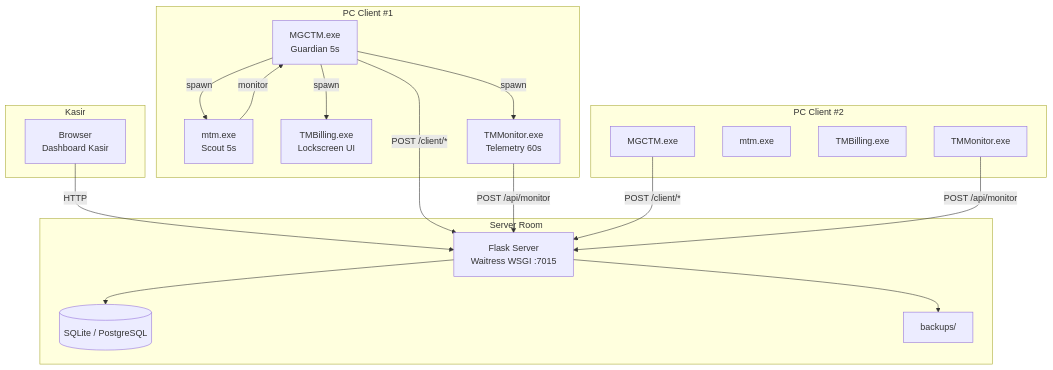
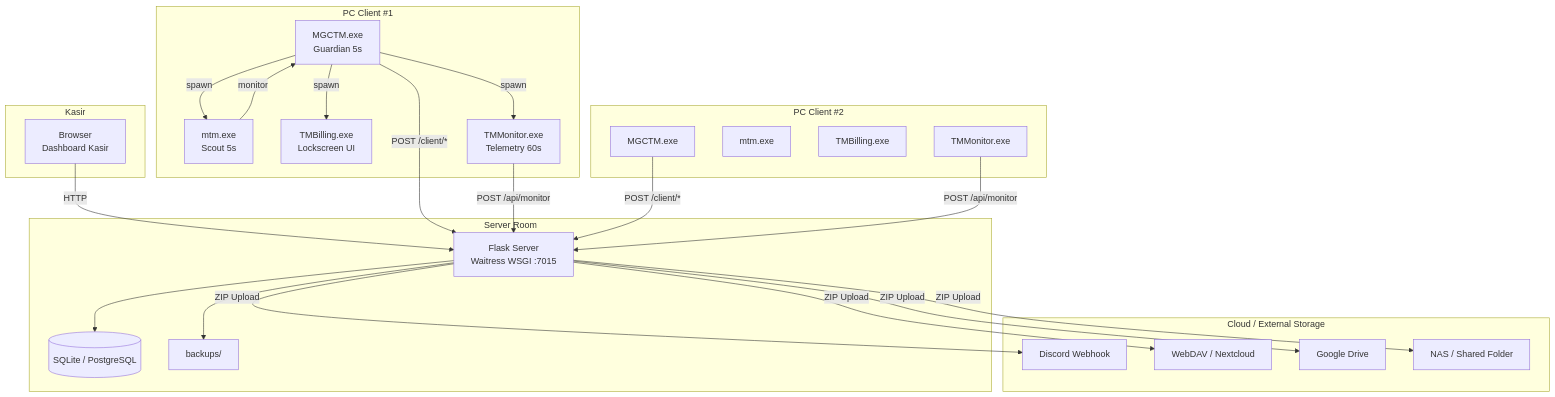
One commit to milanalfandiismail/TMBilling changed the second of 5 diagrams in README.md. Above: the diagram before and after it, drawn with Mermaid. The commit also changed other lines of this file and 186 other files, not shown here.

````diff
--- a/README.md
+++ b/README.md
@@ -211,41 +242,53 @@
 ```mermaid
 graph TB
     subgraph "Server Room"
         Flask[Flask Server<br/>Waitress WSGI :7015]
         DB[(SQLite / PostgreSQL)]
         Backups[backups/]
+    end
+
+    subgraph "Cloud / External Storage"
+        Discord[Discord Webhook]
+        WebDAV[WebDAV / Nextcloud]
+        GDrive[Google Drive]
+        NAS[NAS / Shared Folder]
     end
 
     subgraph "Kasir"
         Browser[Browser<br/>Dashboard Kasir]
     end
 
     subgraph "PC Client #1"
         MGCTM1[MGCTM.exe<br/>Guardian 5s]
         mtm1[mtm.exe<br/>Scout 5s]
         Tauri1[TMBilling.exe<br/>Lockscreen UI]
         TMMonitor1[TMMonitor.exe<br/>Telemetry 60s]
     end
 
     subgraph "PC Client #2"
         MGCTM2[MGCTM.exe]
         mtm2[mtm.exe]
         Tauri2[TMBilling.exe]
         TMMonitor2[TMMonitor.exe]
     end
 
     Browser -->|HTTP| Flask
     Flask --> DB
     Flask --> Backups
 
+    Flask -->|ZIP Upload| Discord
+    Flask -->|ZIP Upload| WebDAV
+    Flask -->|ZIP Upload| GDrive
+    Flask -->|ZIP Upload| NAS
+
     MGCTM1 -->|spawn| Tauri1
     MGCTM1 -->|spawn| TMMonitor1
     MGCTM1 -->|spawn| mtm1
     mtm1 -->|monitor| MGCTM1
 
     MGCTM1 -->|POST /client/*| Flask
     TMMonitor1 -->|POST /api/monitor| Flask
 
     MGCTM2 -->|POST /client/*| Flask
     TMMonitor2 -->|POST /api/monitor| Flask
 ```
````
